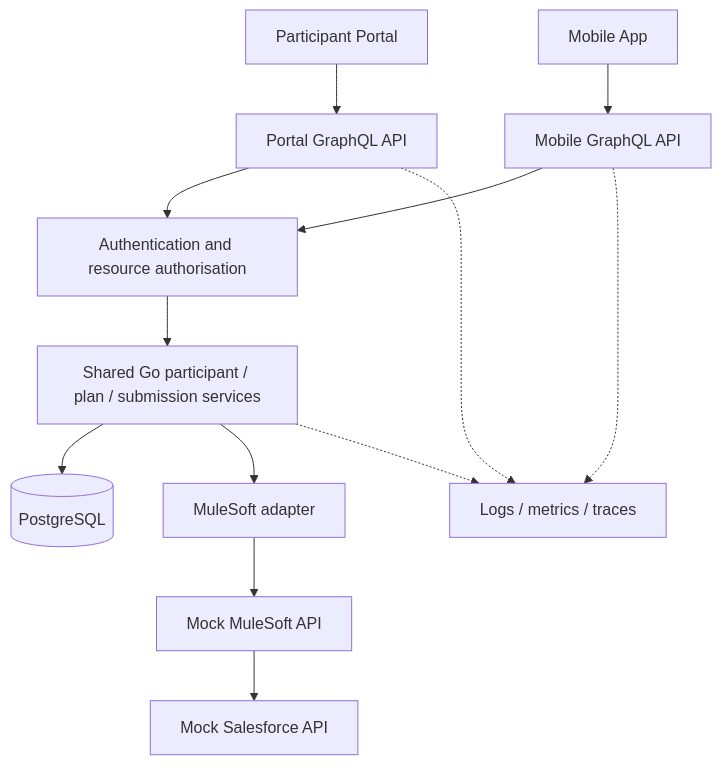
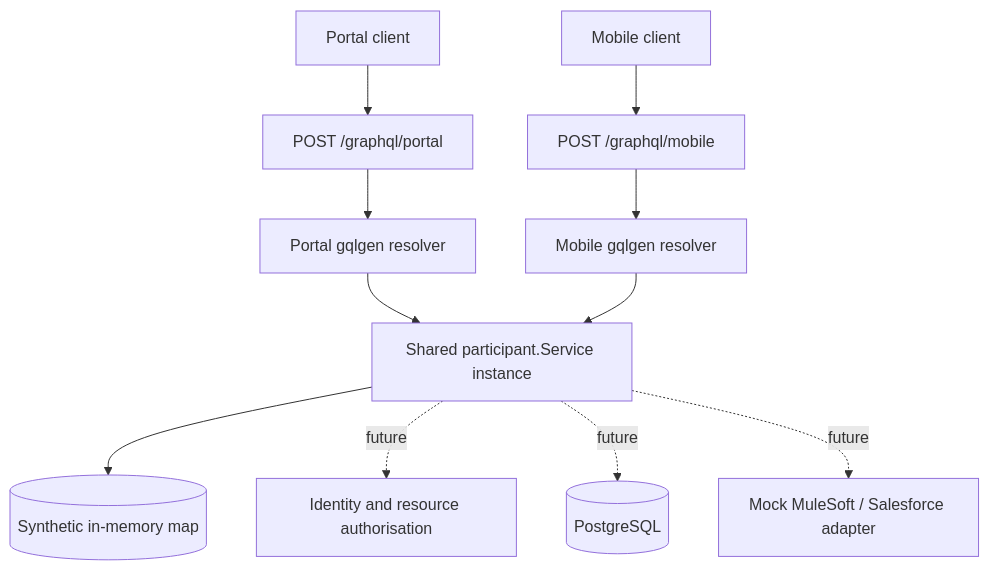
Before and after one commit to shawfire/participant-services: the diagram in DESIGN.md, drawn with Mermaid. The commit also changed other lines of this file and 1 other file, not shown here.

Commit message:
Update documentation for dual GraphQL API architecture

````diff
--- a/DESIGN.md
+++ b/DESIGN.md
@@ -11,15 +11,13 @@
 ```mermaid
 flowchart TB
-  Portal[Participant Portal] --> PG[Portal GraphQL API]
-  Mobile[Mobile App] --> MG[Mobile GraphQL API]
-  PG --> Auth[Authentication and resource authorisation]
-  MG --> Auth
-  Auth --> Service[Shared Go participant / plan / submission services]
-  Service --> DB[(PostgreSQL)]
-  Service --> Adapter[MuleSoft adapter]
-  Adapter --> Mule[Mock MuleSoft API]
-  Mule --> SF[Mock Salesforce API]
-  PG -.-> Telemetry[Logs / metrics / traces]
-  MG -.-> Telemetry
-  Service -.-> Telemetry
+  Portal[Portal client] --> PG[POST /graphql/portal]
+  Mobile[Mobile client] --> MG[POST /graphql/mobile]
+  PG --> PR[Portal gqlgen resolver]
+  MG --> MR[Mobile gqlgen resolver]
+  PR --> S[Shared participant.Service instance]
+  MR --> S
+  S --> MEM[(Synthetic in-memory map)]
+  S -. future .-> Auth[Identity and resource authorisation]
+  S -. future .-> DB[(PostgreSQL)]
+  S -. future .-> Adapter[Mock MuleSoft / Salesforce adapter]
 ```
````
